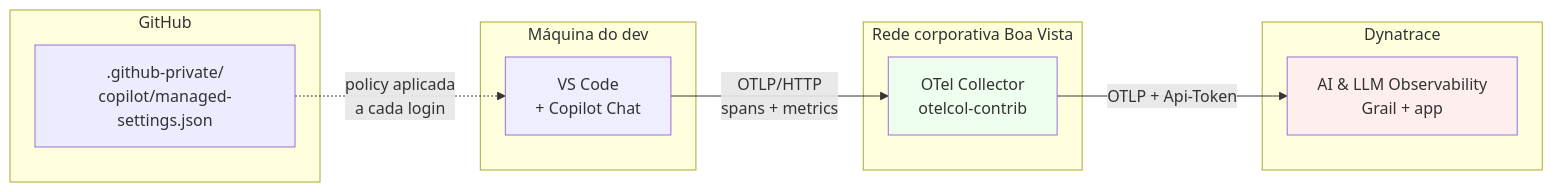
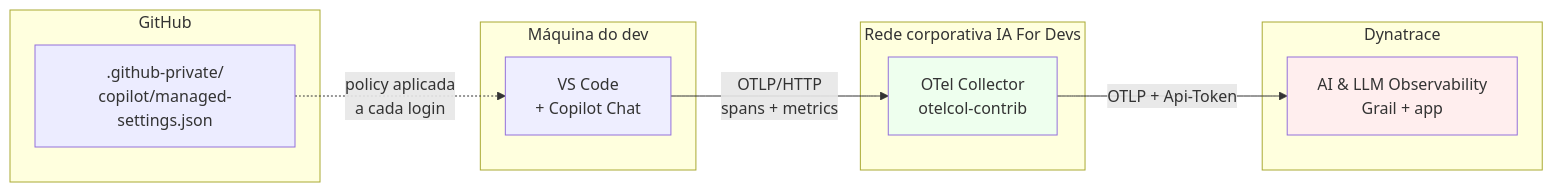
The diagram in docs/01-arquitetura.md (brunoxy01/ia-observability-for-devs), drawn with Mermaid before and after one commit. The commit also changed other lines of this file and 15 other files, not shown here.

````diff
--- a/docs/01-arquitetura.md
+++ b/docs/01-arquitetura.md
@@ -11,23 +11,23 @@
 ```mermaid
 flowchart LR
     subgraph "Máquina do dev"
         VSC[VS Code<br/>+ Copilot Chat]
     end
-    subgraph "Rede corporativa Boa Vista"
+    subgraph "Rede corporativa IA For Devs"
         Col[OTel Collector<br/>otelcol-contrib]
     end
     subgraph "GitHub"
         MS[.github-private/<br/>copilot/managed-settings.json]
     end
     subgraph "Dynatrace"
         DT[AI & LLM Observability<br/>Grail + app]
     end
 
     MS -.->|policy aplicada<br/>a cada login| VSC
     VSC -->|OTLP/HTTP<br/>spans + metrics| Col
     Col -->|OTLP + Api-Token| DT
 
     style VSC fill:#eef
     style Col fill:#efe
     style DT fill:#fee
 ```
````
